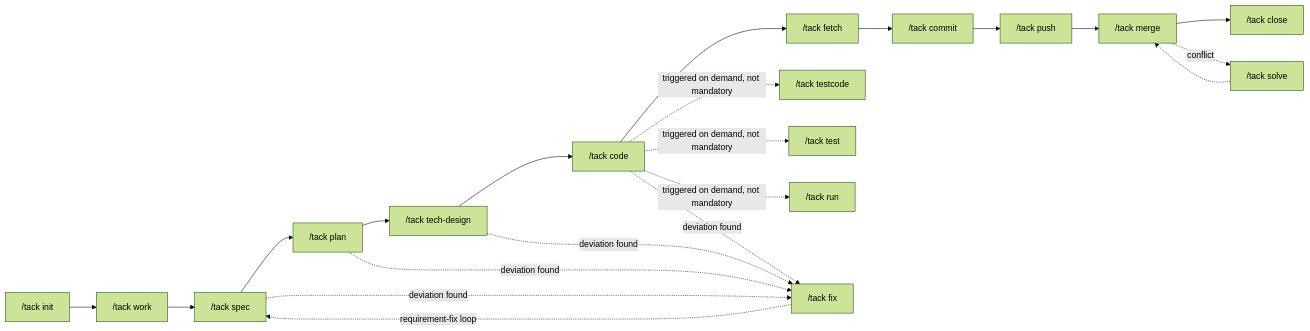
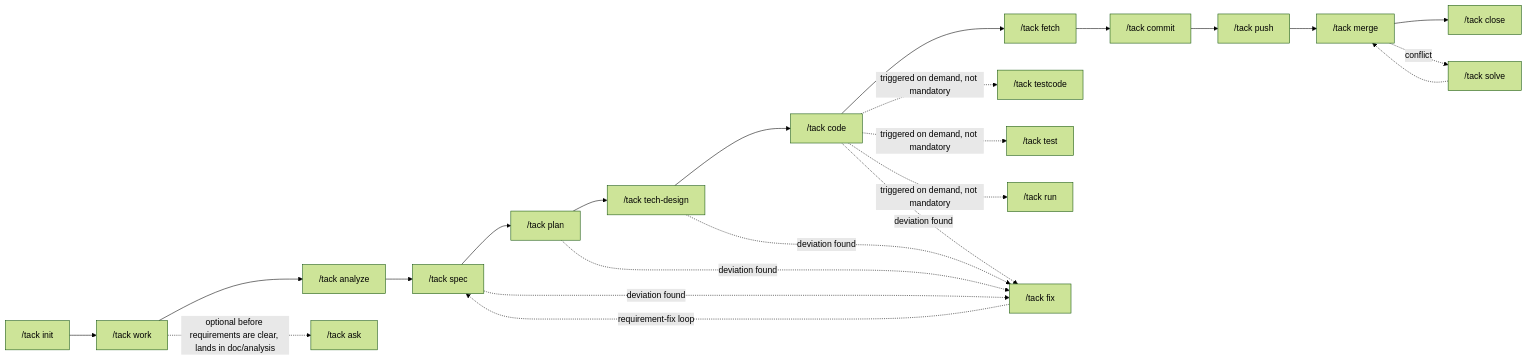
One commit to frcoder-lh/tack-harness changed the diagram in README.en.md. Above: the diagram before and after it, drawn with Mermaid (forest theme). The commit also changed other lines of this file and 78 other files, not shown here.

````diff
--- a/README.en.md
+++ b/README.en.md
@@ -254,20 +259,22 @@
 ```mermaid
 flowchart LR
     A["/tack init"] --> B["/tack work <requirement>"]
-    B --> C["/tack spec"]
+    B --> B2["/tack analyze"]
+    B2 --> C["/tack spec"]
     C --> D["/tack plan"]
     D --> E["/tack tech-design"]
     E --> F["/tack code"]
     F --> H["/tack fetch"]
     H --> I["/tack commit"]
     I --> J["/tack push"]
     J --> K["/tack merge"]
     K --> L["/tack close"]
+    B -. optional before requirements are clear, lands in doc/analysis .-> A1["/tack ask"]
     F -. triggered on demand, not mandatory .-> G["/tack testcode"]
     F -. triggered on demand, not mandatory .-> G2["/tack test"]
     F -. triggered on demand, not mandatory .-> G3["/tack run"]
     C & D & E & F -. deviation found .-> M["/tack fix"]
     M -. requirement-fix loop .-> C
     K -. conflict .-> N["/tack solve"]
     N -.-> K
 ```
````
